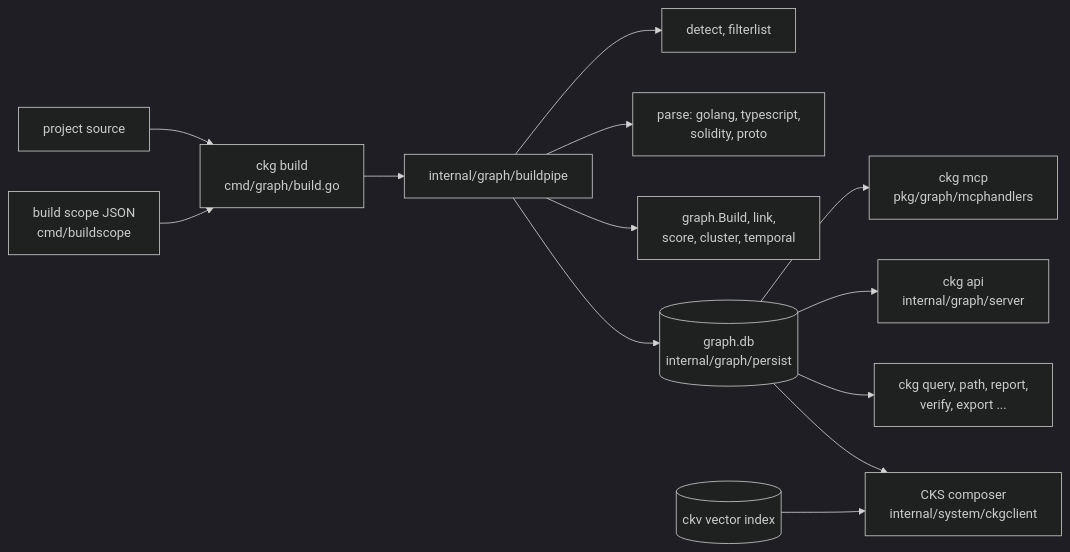
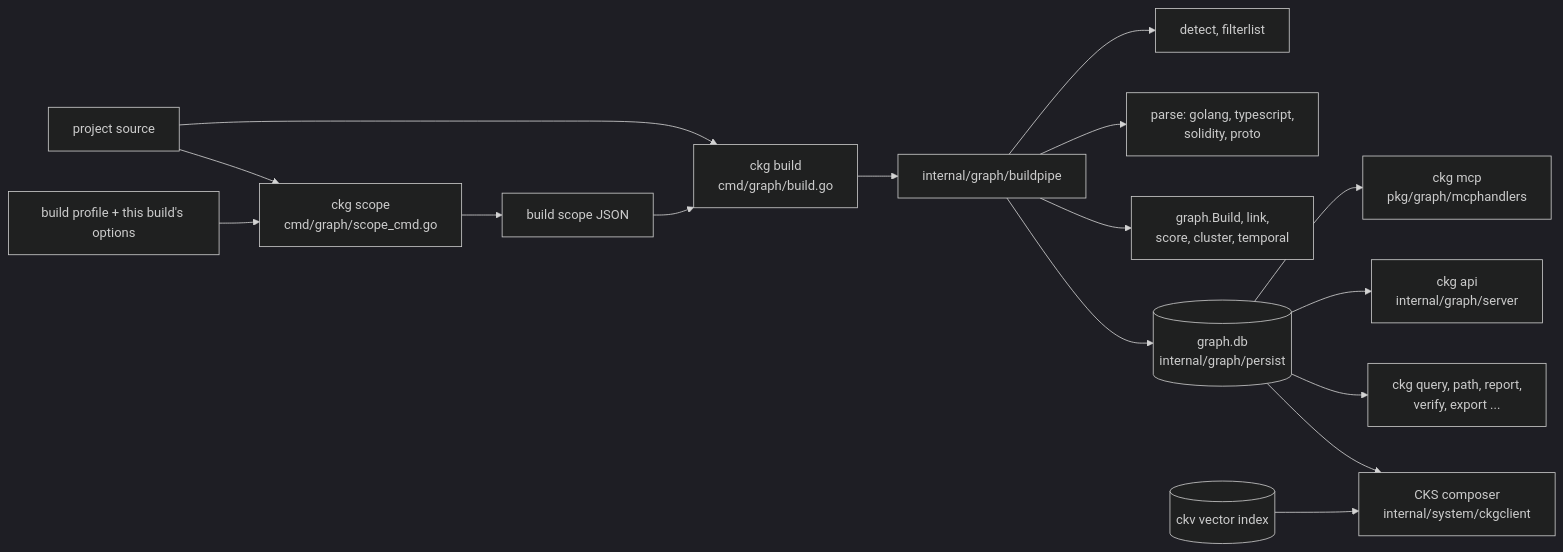
Before and after one commit to 0xmhha/knowledge-system: the first of 8 diagrams in docs/graph/CKG-STRUCTURE.md, drawn with Mermaid (dark theme). The commit also changed other lines of this file and 34 other files, not shown here.

First line of the commit message:
feat(ckg): extract the build scope from a project profile before every graph build (#159)

````diff
--- a/docs/graph/CKG-STRUCTURE.md
+++ b/docs/graph/CKG-STRUCTURE.md
@@ -12,15 +12,18 @@
 ```mermaid
 flowchart LR
   SRC[project source] --> BUILD[ckg build<br/>cmd/graph/build.go]
-  SCOPE[build scope JSON<br/>cmd/buildscope] --> BUILD
+  PROF[build profile + this build's options] --> SC[ckg scope<br/>cmd/graph/scope_cmd.go]
+  SRC --> SC
+  SC --> SCOPE[build scope JSON]
+  SCOPE --> BUILD
   BUILD --> BP[internal/graph/buildpipe]
   BP --> DET[detect, filterlist]
   BP --> PARSE[parse: golang, typescript,<br/>solidity, proto]
   BP --> GR[graph.Build, link,<br/>score, cluster, temporal]
   BP --> DB[(graph.db<br/>internal/graph/persist)]
   DB --> MCP[ckg mcp<br/>pkg/graph/mcphandlers]
   DB --> API[ckg api<br/>internal/graph/server]
   DB --> CLI[ckg query, path, report,<br/>verify, export ...]
   DB --> CKS[CKS composer<br/>internal/system/ckgclient]
   CKV[(ckv vector index)] --> CKS
 ```
````
